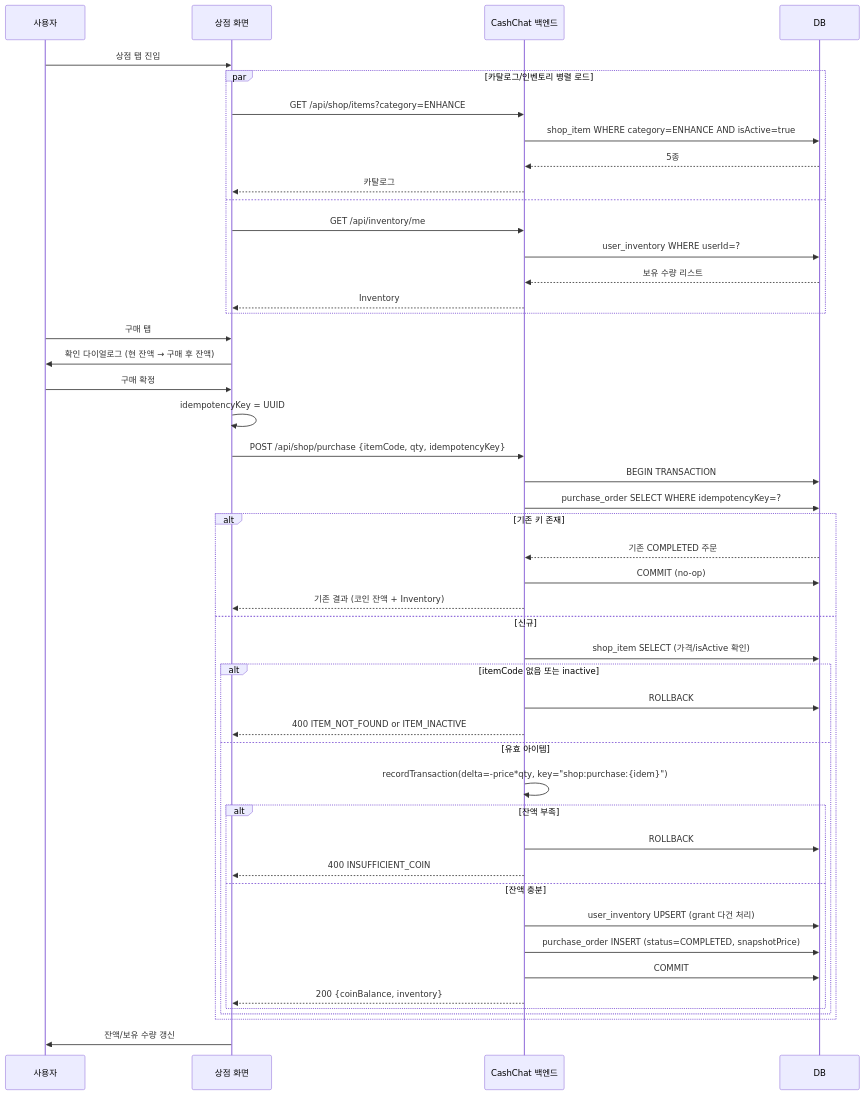
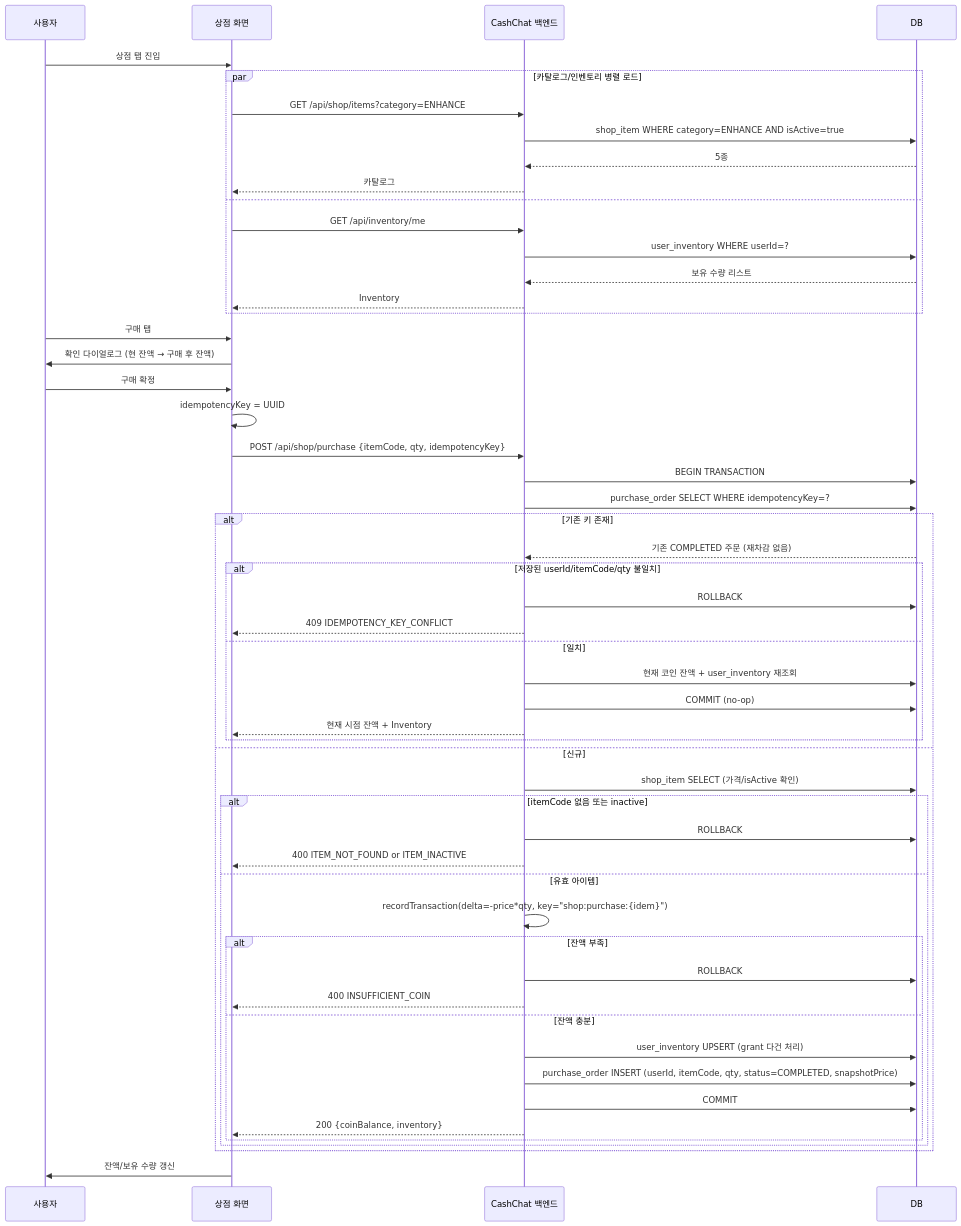
One commit to cash-chat-mvp/cash-chat-mvp changed the diagram in docs/features/shop/spec.md. Above: the diagram before and after it, drawn with Mermaid. The commit also changed other lines of this file and 1 other file, not shown here.

Commit message:
docs(shop): PR #149 리뷰 반영 — 멱등 응답·PurchaseOrder 검증필드·인벤토리 스키마 정합
- inventory/me 인수기준을 {items:[]} 계약과 일치 (CodeRabbit outside-diff)
- 멱등 재호출: stale 스냅샷 대신 현재 시점 잔액·인벤토리 재조회 (spec line 85↔173 모순 해소)
- PurchaseOrder에 userId/itemCode/qty 추가 + IDEMPOTENCY_KEY_CONFLICT(409) 키 재사용 충돌 검증 신설
- UserPointService는 로컬 동일 DB 트랜잭션(REQUIRED)임을 명시 — Outbox/Saga 반려 근거

````diff
--- a/docs/features/shop/spec.md
+++ b/docs/features/shop/spec.md
@@ -207,53 +215,59 @@
 ```mermaid
 sequenceDiagram
     participant User as 사용자
     participant FE as 상점 화면
     participant API as CashChat 백엔드
     participant DB as DB
 
     User->>FE: 상점 탭 진입
     par 카탈로그/인벤토리 병렬 로드
         FE->>API: GET /api/shop/items?category=ENHANCE
         API->>DB: shop_item WHERE category=ENHANCE AND isActive=true
         DB-->>API: 5종
         API-->>FE: 카탈로그
     and
         FE->>API: GET /api/inventory/me
         API->>DB: user_inventory WHERE userId=?
         DB-->>API: 보유 수량 리스트
         API-->>FE: Inventory
     end
 
     User->>FE: 구매 탭
     FE->>User: 확인 다이얼로그 (현 잔액 → 구매 후 잔액)
     User->>FE: 구매 확정
     FE->>FE: idempotencyKey = UUID
     FE->>API: POST /api/shop/purchase {itemCode, qty, idempotencyKey}
 
     API->>DB: BEGIN TRANSACTION
     API->>DB: purchase_order SELECT WHERE idempotencyKey=?
     alt 기존 키 존재
-        DB-->>API: 기존 COMPLETED 주문
-        API->>DB: COMMIT (no-op)
-        API-->>FE: 기존 결과 (코인 잔액 + Inventory)
+        DB-->>API: 기존 COMPLETED 주문 (재차감 없음)
+        alt 저장된 userId/itemCode/qty 불일치
+            API->>DB: ROLLBACK
+            API-->>FE: 409 IDEMPOTENCY_KEY_CONFLICT
+        else 일치
+            API->>DB: 현재 코인 잔액 + user_inventory 재조회
+            API->>DB: COMMIT (no-op)
+            API-->>FE: 현재 시점 잔액 + Inventory
+        end
     else 신규
         API->>DB: shop_item SELECT (가격/isActive 확인)
         alt itemCode 없음 또는 inactive
             API->>DB: ROLLBACK
             API-->>FE: 400 ITEM_NOT_FOUND or ITEM_INACTIVE
         else 유효 아이템
             API->>API: recordTransaction(delta=-price*qty, key="shop:purchase:{idem}")
             alt 잔액 부족
                 API->>DB: ROLLBACK
                 API-->>FE: 400 INSUFFICIENT_COIN
             else 잔액 충분
                 API->>DB: user_inventory UPSERT (grant 다건 처리)
-                API->>DB: purchase_order INSERT (status=COMPLETED, snapshotPrice)
+                API->>DB: purchase_order INSERT (userId, itemCode, qty, status=COMPLETED, snapshotPrice)
                 API->>DB: COMMIT
                 API-->>FE: 200 {coinBalance, inventory}
             end
         end
     end
 
     FE->>User: 잔액/보유 수량 갱신
 ```
````
